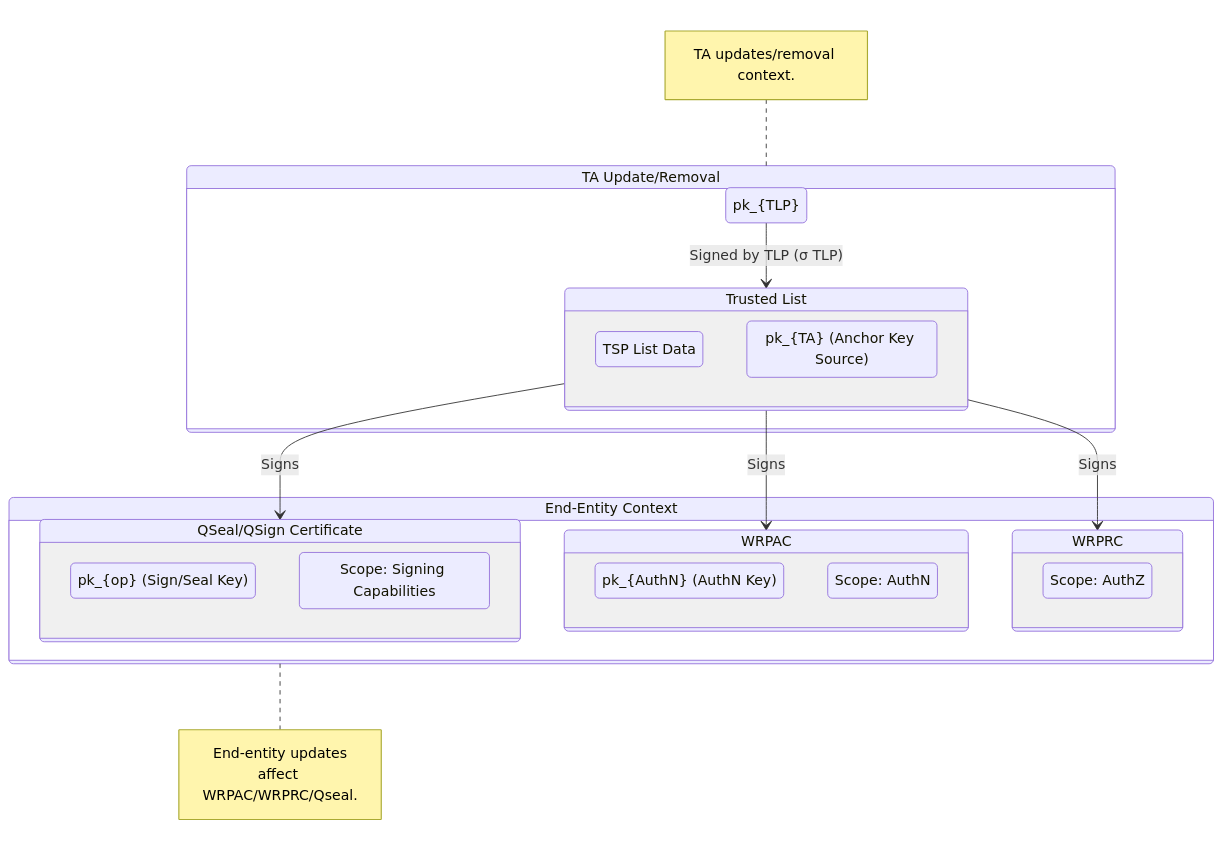
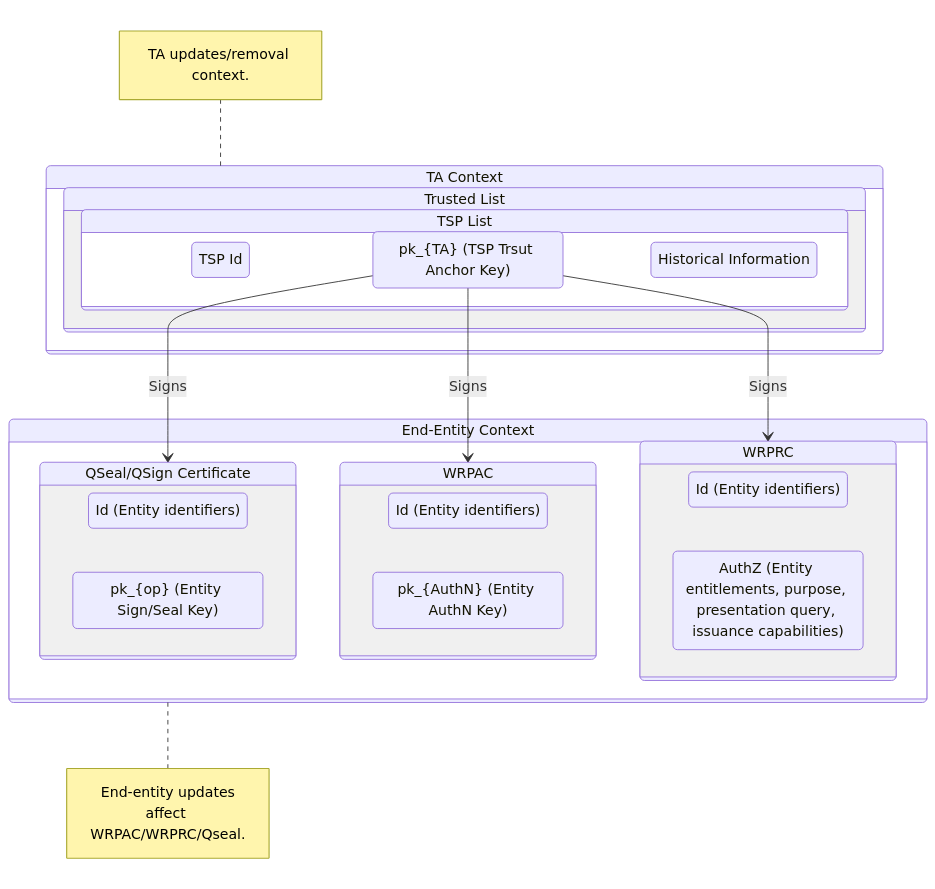
Before and after one commit to APTITUDE-Consortium/wp2-trust-specifications: the second of 7 diagrams in docs/topics/trust-management-process.md, drawn with Mermaid. The commit also changed other lines of this file, not shown here.

Commit message:
fix: minor editorials

````diff
--- a/docs/topics/trust-management-process.md
+++ b/docs/topics/trust-management-process.md
@@ -172,51 +175,55 @@
 ```mermaid
 stateDiagram-v2
     
-    state "pk_{TLP}" as pkTLP
+    %% state "pk_{TLP}" as pkTLP
     %% Left Side: Trust Provisioning
-    state "TA Update/Removal " as LeftContext {
-        
+    state "TA Context " as LeftContext {
+
         state "Trusted List" as TL_Box {
-            direction TB
-            TSPs: TSP List Data
-            pkTA: pk_{TA} (Anchor Key Source)
+            state "TSP List" as TSP_Box {
+                direction LR
+                TSPs: TSP Id
+                pkTA: pk_{TA} (TSP Trsut Anchor Key)
+                hinfo: Historical Information
+            }
         }
 
-        pkTLP --> TL_Box : Signed by TLP (σ TLP)
+        %%pkTLP --> TL_Box : Signed by TLP
     }
 
     %% Right Side: End-Entity Updates
     state "End-Entity Context" as RightContext {
         state "QSeal/QSign Certificate" as Q_Cert {
-            direction TB
-            pkop: pk_{op} (Sign/Seal Key)
-            Usage1: Scope: Signing Capabilities
+            direction LR
+            id1: Id (Entity identifiers)
+            pkop: pk_{op} (Entity Sign/Seal Key)
         }
 
         state "WRPAC" as WRPAC_Cert {
-            direction TB
-            pkAuth: pk_{AuthN} (AuthN Key)
-            Usage2: Scope: AuthN
+            direction LR
+            id2: Id (Entity identifiers)
+            pkAuth: pk_{AuthN} (Entity AuthN Key)
         }
 
         state "WRPRC" as WRPRC_Cert {
-            direction TB
-            Usage3: Scope: AuthZ
+            direction LR
+            id: Id (Entity identifiers)
+            authz: AuthZ (Entity entitlements, purpose, presentation query, issuance capabilities)
         }
     }
 
     %% Connection Arrows (The Trust Anchoring)
-    TL_Box --> Q_Cert : Signs
-    TL_Box --> WRPAC_Cert : Signs
-    TL_Box --> WRPRC_Cert : Signs
+    pkTA --> Q_Cert : Signs
+    pkTA --> WRPAC_Cert : Signs
+    pkTA --> WRPRC_Cert : Signs
 
     %% Clarifying Notes
     note left of LeftContext
         TA updates/removal context.
     end note
 
     note right of RightContext
         End-entity updates
         affect WRPAC/WRPRC/Qseal.
     end note
 ```
````
